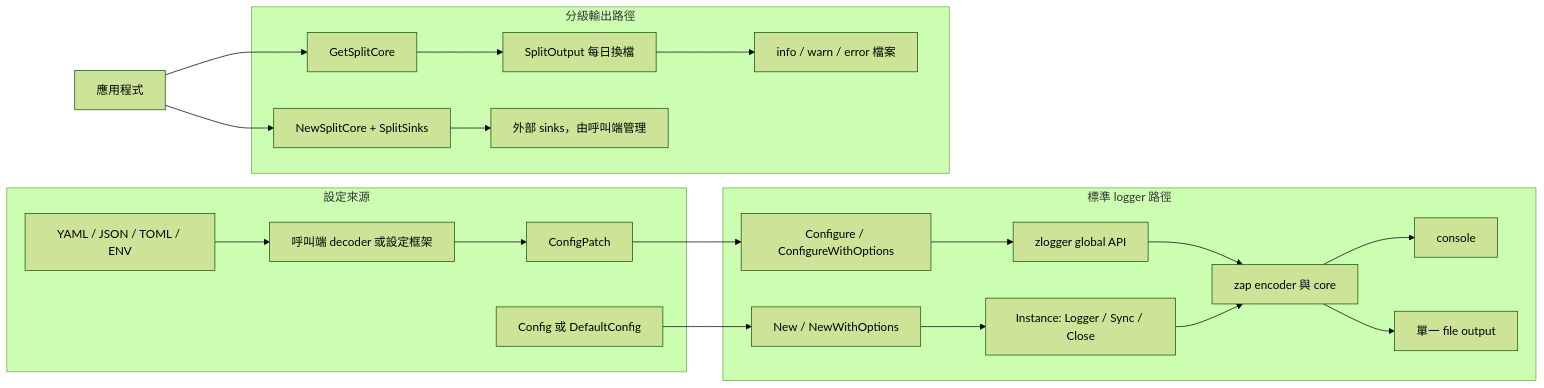
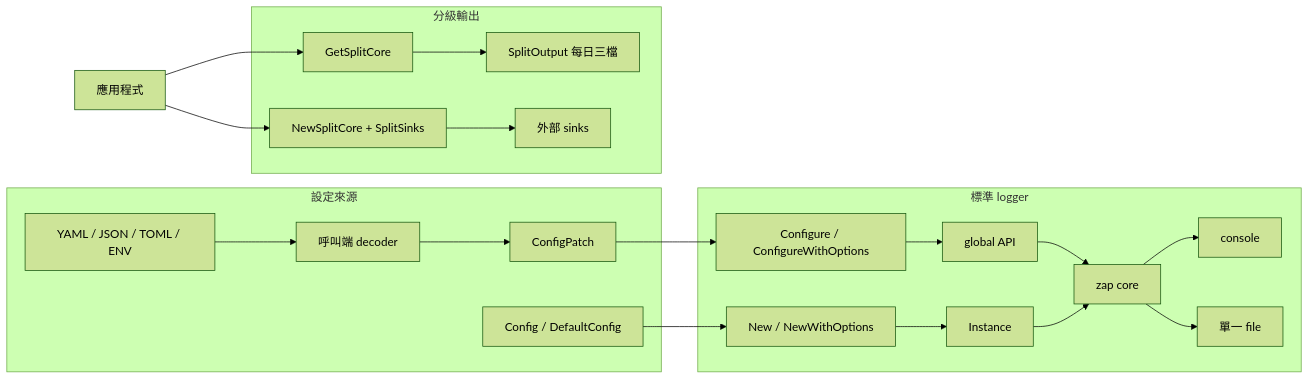
One commit to vincent119/zlogger changed the diagram in README.md. Above: the diagram before and after it, drawn with Mermaid (forest theme). The commit also changed other lines of this file and 20 other files, not shown here.

````diff
--- a/README.md
+++ b/README.md
@@ -18,39 +17,21 @@
 ```mermaid
 flowchart LR
     subgraph Input[設定來源]
-        Files["YAML / JSON / TOML / ENV"]
-        Decoder["呼叫端 decoder 或設定框架"]
-        Patch[ConfigPatch]
-        Config["Config 或 DefaultConfig"]
-        Files --> Decoder --> Patch
+        Files["YAML / JSON / TOML / ENV"] --> Decoder["呼叫端 decoder"] --> Patch[ConfigPatch]
+        Config["Config / DefaultConfig"]
     end
-
-    subgraph Standard[標準 logger 路徑]
-        Configure["Configure / ConfigureWithOptions"]
-        Global["zlogger global API"]
-        New["New / NewWithOptions"]
-        Instance["Instance: Logger / Sync / Close"]
-        Core["zap encoder 與 core"]
-        Console[console]
-        File["單一 file output"]
-
-        Patch --> Configure --> Global --> Core
-        Config --> New --> Instance --> Core
-        Core --> Console
-        Core --> File
+    subgraph Standard[標準 logger]
+        Configure["Configure / ConfigureWithOptions"] --> Global["global API"] --> Core["zap core"]
+        New["New / NewWithOptions"] --> Instance[Instance] --> Core
+        Core --> Console[console]
+        Core --> File["單一 file"]
     end
-
-    subgraph Split[分級輸出路徑]
-        GetSplit[GetSplitCore]
-        SplitOutput["SplitOutput 每日換檔"]
-        Daily["info / warn / error 檔案"]
-        Custom["NewSplitCore + SplitSinks"]
-        External["外部 sinks，由呼叫端管理"]
-
-        GetSplit --> SplitOutput --> Daily
-        Custom --> External
+    subgraph Split[分級輸出]
+        GetSplit[GetSplitCore] --> Daily["SplitOutput 每日三檔"]
+        Custom["NewSplitCore + SplitSinks"] --> External["外部 sinks"]
     end
-
+    Patch --> Configure
+    Config --> New
     App[應用程式] --> GetSplit
     App --> Custom
 ```
````
